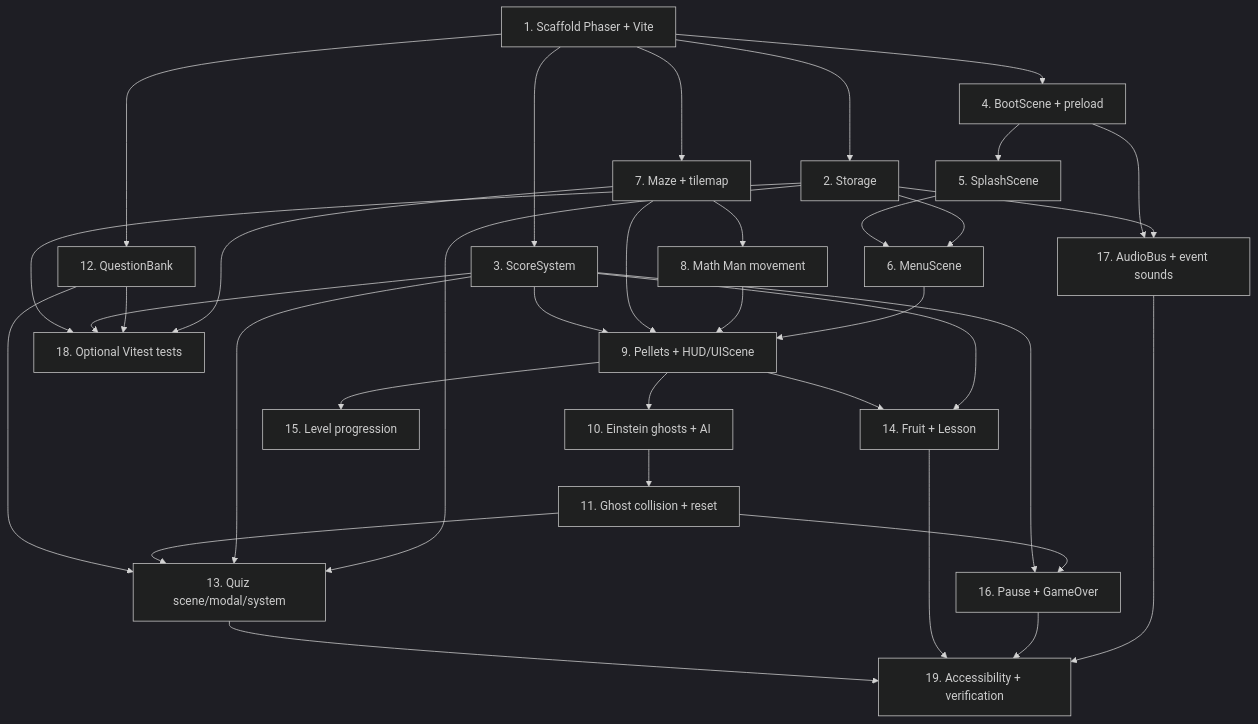
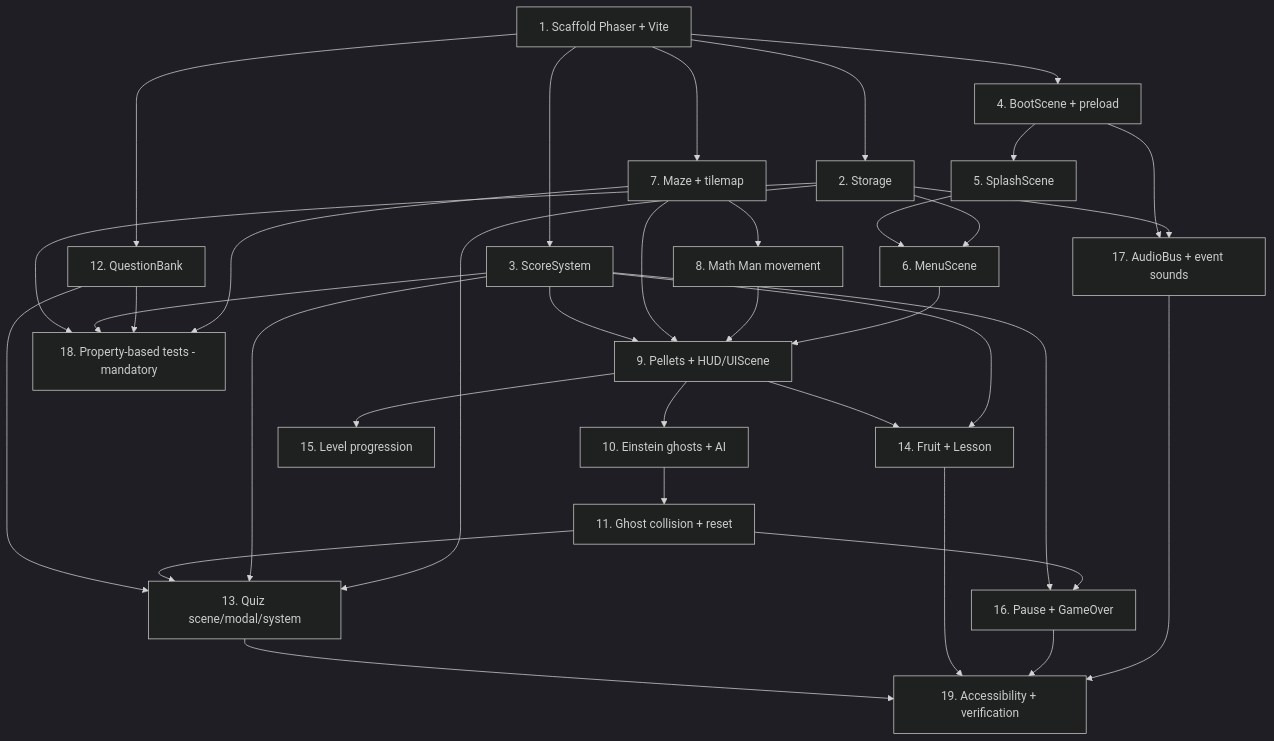
The diagram in .kiro/specs/math-man/tasks.md (armandovalenz/kiro-university-challenge), drawn with Mermaid (dark theme) before and after one commit. The commit also changed other lines of this file and 6 other files, not shown here.

````diff
--- a/.kiro/specs/math-man/tasks.md
+++ b/.kiro/specs/math-man/tasks.md
@@ -144,57 +161,57 @@
 ```mermaid
 graph TD
   T1[1. Scaffold Phaser + Vite]
   T2[2. Storage]
   T3[3. ScoreSystem]
   T4[4. BootScene + preload]
   T5[5. SplashScene]
   T6[6. MenuScene]
   T7[7. Maze + tilemap]
   T8[8. Math Man movement]
   T9[9. Pellets + HUD/UIScene]
   T10[10. Einstein ghosts + AI]
   T11[11. Ghost collision + reset]
   T12[12. QuestionBank]
   T13[13. Quiz scene/modal/system]
   T14[14. Fruit + Lesson]
   T15[15. Level progression]
   T16[16. Pause + GameOver]
   T17[17. AudioBus + event sounds]
-  T18[18. Optional Vitest tests]
+  T18[18. Property-based tests - mandatory]
   T19[19. Accessibility + verification]
 
   T1 --> T2
   T1 --> T3
   T1 --> T4
   T1 --> T7
   T1 --> T12
   T4 --> T5
   T5 --> T6
   T2 --> T6
   T7 --> T8
   T3 --> T9
   T7 --> T9
   T8 --> T9
   T6 --> T9
   T9 --> T10
   T10 --> T11
   T12 --> T13
   T11 --> T13
   T3 --> T13
   T2 --> T13
   T9 --> T14
   T3 --> T14
   T9 --> T15
   T3 --> T16
   T11 --> T16
   T4 --> T17
   T2 --> T17
   T2 --> T18
   T3 --> T18
   T12 --> T18
   T7 --> T18
   T13 --> T19
   T14 --> T19
   T16 --> T19
   T17 --> T19
 ```
````
